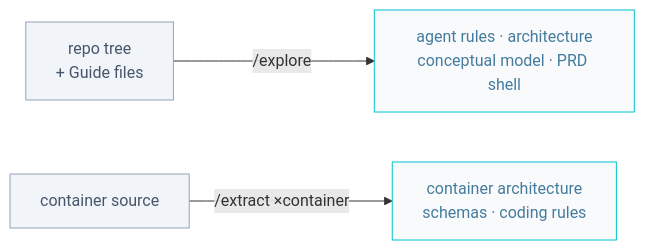
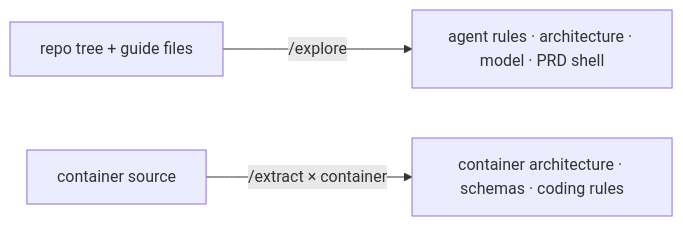
Before and after one commit to AIDDbot/AIDDbot: the second of 4 diagrams in docs/AIDD.workflow.md, drawn with Mermaid. The commit also changed other lines of this file and 3 other files, not shown here.

````diff
--- a/docs/AIDD.workflow.md
+++ b/docs/AIDD.workflow.md
@@ -54,8 +47,5 @@
 ```mermaid
 flowchart LR
-  classDef nd fill:#f8fafc,stroke:#00c4cc,color:#457b9d
-  classDef in fill:#f1f5f9,stroke:#94a3b8,color:#475569
-
-  TREE["repo tree<br/>+ Guide files"]:::in -->|/explore| SYS["agent rules · architecture<br/>conceptual model · PRD shell"]:::nd
-  SRC["container source"]:::in -->|"/extract ×container"| DET["container architecture<br/>schemas · coding rules"]:::nd
+  TREE[repo tree + guide files] -->|/explore| SYS[agent rules · architecture · model · PRD shell]
+  SRC[container source] -->|/extract × container| DET[container architecture · schemas · coding rules]
 ```
````
